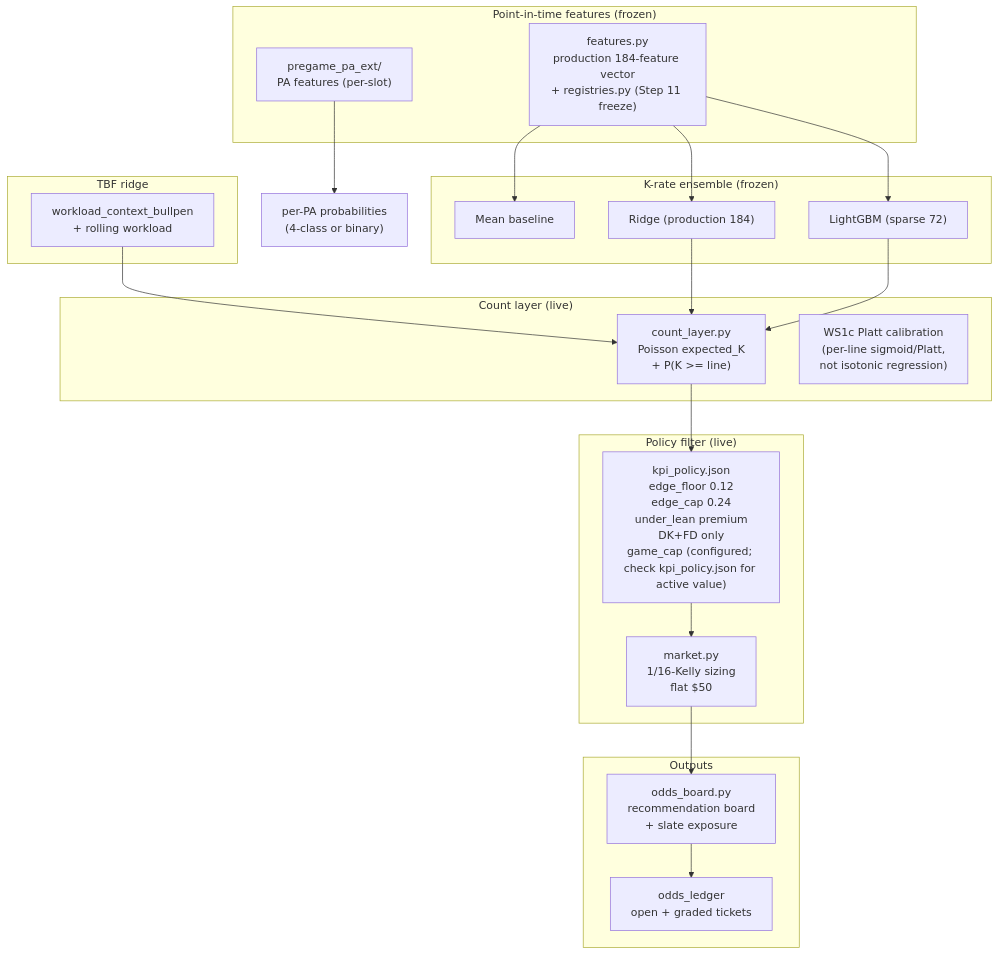
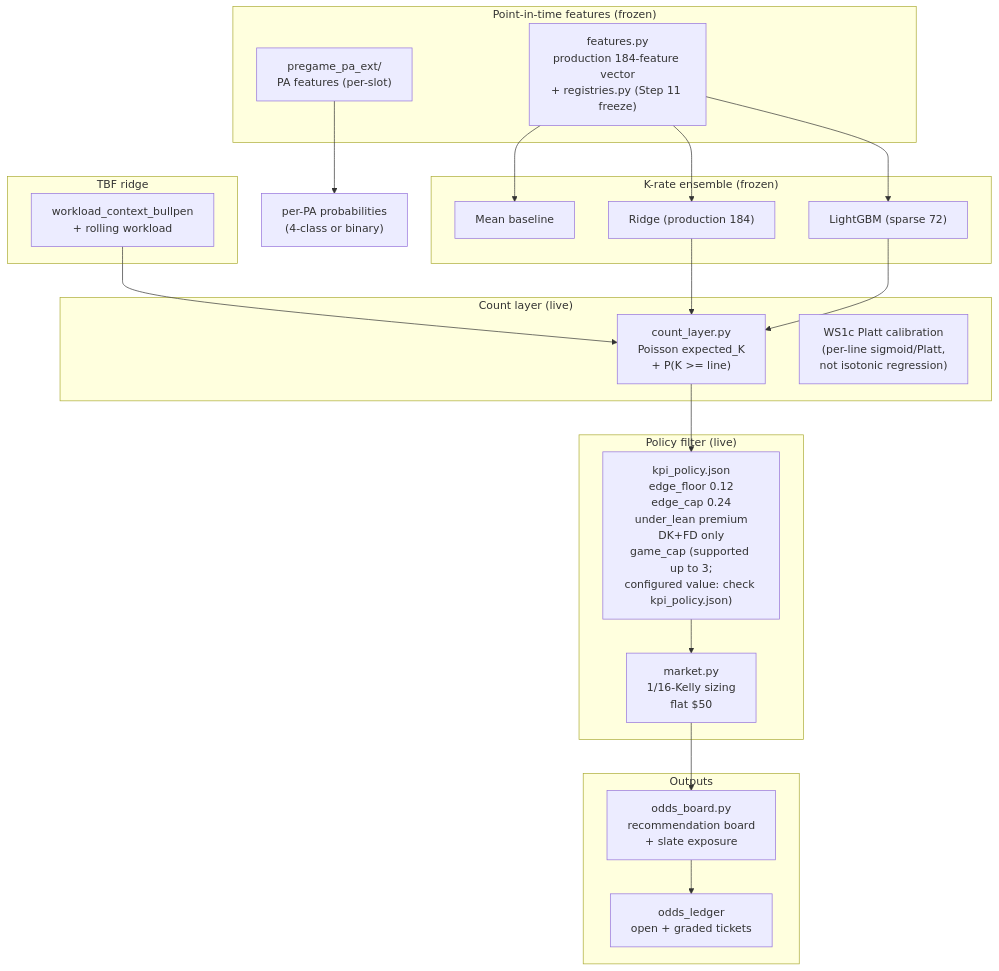
Before and after one commit to Cbkaplinger/MLB-Props: the diagram in docs/diagrams/17-model-pipeline.md, drawn with Mermaid. The commit also changed 2 other files, not shown here.

Commit message:
docs(governance): market matching UNDER AUDIT in DECISIONS + PROJECT_STATE - diagram 17 game_cap corrected to supported-vs-configured (check kpi_policy.json for active value); DECISIONS D2 notes market matching component UNDER AUDIT (±1-day tolerance is a suspected failure mode, not a demonstrated root cause; existing market scores quarantined pending identity verification); PROJECT_STATE adds market matching audit pointer to the M0 section; handoff stale PR references checked (no stale #33/#37 awaiting-merge text found)

````diff
--- a/docs/diagrams/17-model-pipeline.md
+++ b/docs/diagrams/17-model-pipeline.md
@@ -6,42 +6,42 @@
 ```mermaid
 flowchart TB
     subgraph FEATURES["Point-in-time features (frozen)"]
         F1["features.py<br/>production 184-feature vector<br/>+ registries.py (Step 11 freeze)"]
         F2["pregame_pa_ext/<br/>PA features (per-slot)"]
     end
 
     subgraph KRATE["K-rate ensemble (frozen)"]
         K1["Mean baseline"]
         K2["Ridge (production 184)"]
         K3["LightGBM (sparse 72)"]
     end
 
     subgraph TBF["TBF ridge"]
         T1["workload_context_bullpen<br/>+ rolling workload"]
     end
 
     subgraph COUNT["Count layer (live)"]
         C1["count_layer.py<br/>Poisson expected_K<br/>+ P(K >= line)"]
         C2["WS1c Platt calibration<br/>(per-line sigmoid/Platt,<br/>not isotonic regression)"]
     end
 
     subgraph POLICY["Policy filter (live)"]
-        P1["kpi_policy.json<br/>edge_floor 0.12<br/>edge_cap 0.24<br/>under_lean premium<br/>DK+FD only<br/>game_cap (configured; check kpi_policy.json for active value)"]
+        P1["kpi_policy.json<br/>edge_floor 0.12<br/>edge_cap 0.24<br/>under_lean premium<br/>DK+FD only<br/>game_cap (supported up to 3;<br/>configured value: check kpi_policy.json)"]
         P2["market.py<br/>1/16-Kelly sizing<br/-> flat $50"]
     end
 
     subgraph OUTPUT["Outputs"]
         O1["odds_board.py<br/>recommendation board<br/>+ slate exposure"]
         O2["odds_ledger<br/>open + graded tickets"]
     end
 
     F1 --> K1
     F1 --> K2
     F1 --> K3
     F2 --> PA["per-PA probabilities<br/>(4-class or binary)"]
     T1 --> C1
     K2 --> C1
     K3 --> C1
     C1 --> P1 --> P2 --> O1
     O1 --> O2
 ```
````
